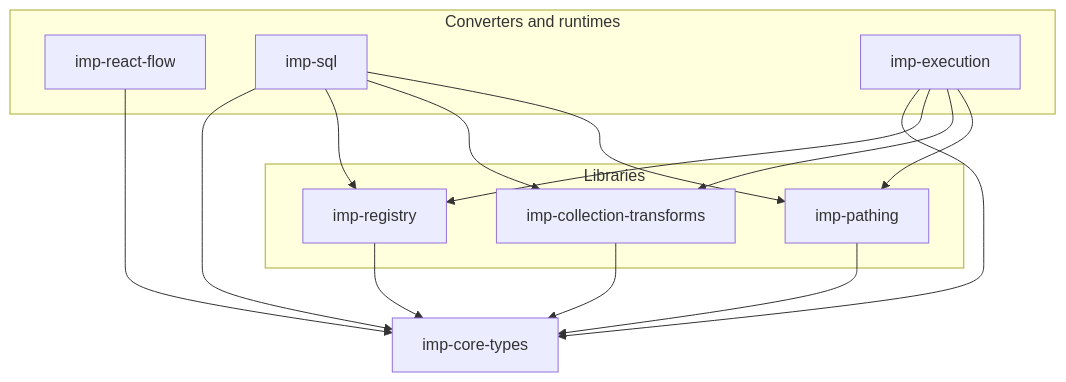
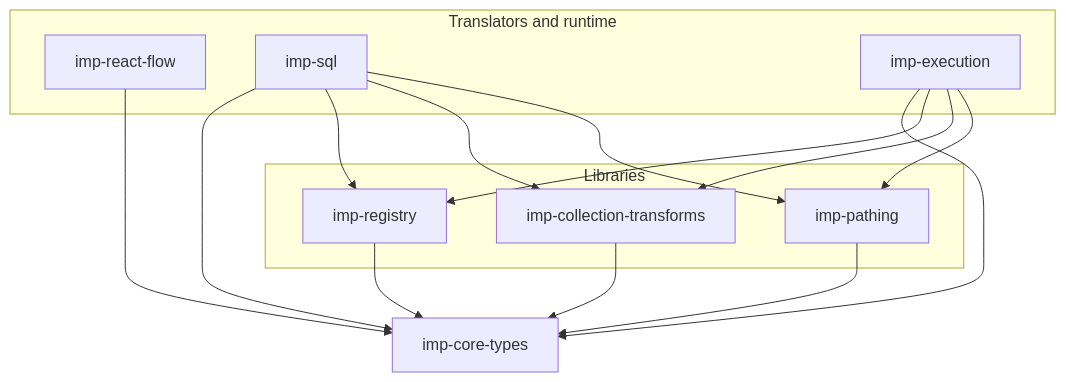
The diagram in packages/README.md (silentorb/imp-ts), drawn with Mermaid before and after one commit. The commit also changed other lines of this file and 22 other files, not shown here.

Commit message:
Host Imp Translator and runtime specs in imp-ts now that imp-spec covers only core and NodeLibrary catalogs.

````diff
--- a/packages/README.md
+++ b/packages/README.md
@@ -16,30 +17,30 @@
 ```mermaid
 flowchart TB
   SPEC[imp-core-types]
 
   subgraph libraries [Libraries]
     REG[imp-registry]
     CT[imp-collection-transforms]
     PATH[imp-pathing]
   end
 
   REG --> SPEC
   CT --> SPEC
   PATH --> SPEC
 
-  subgraph converters [Converters and runtimes]
+  subgraph impTs [Translators and runtime]
     RF[imp-react-flow]
     SQL[imp-sql]
     EXEC[imp-execution]
   end
 
   RF --> SPEC
   SQL --> SPEC
   SQL --> REG
   SQL --> CT
   SQL --> PATH
   EXEC --> SPEC
   EXEC --> REG
   EXEC --> CT
   EXEC --> PATH
 ```
````
